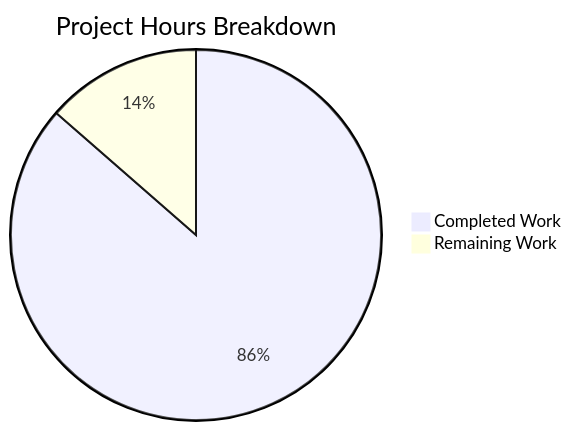
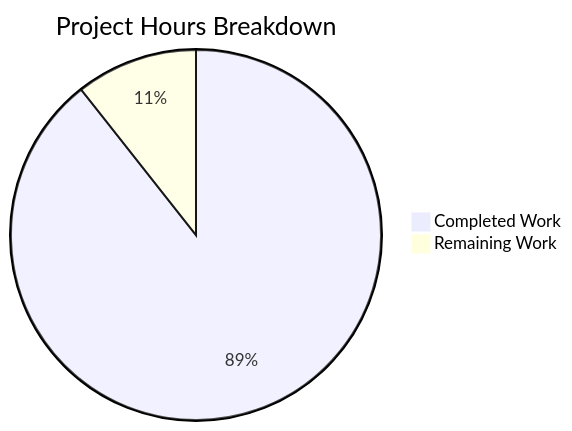
One commit to lakshya-blitzy/Dec_repo_with_valid_mul_files changed the diagram in blitzy/documentation/Project Guide.md. Above: the diagram before and after it, drawn with Mermaid. The commit also changed other lines of this file, not shown here.

Commit message:
Adding Blitzy Project Guide: Project Status and Human Tasks Remaining

````diff
--- a/blitzy/documentation/Project Guide.md
+++ b/blitzy/documentation/Project Guide.md
@@ -60,5 +39,5 @@
 ```mermaid
 pie title Project Hours Breakdown
-    "Completed Work" : 70
-    "Remaining Work" : 11
+    "Completed Work" : 84
+    "Remaining Work" : 10
 ```
````
